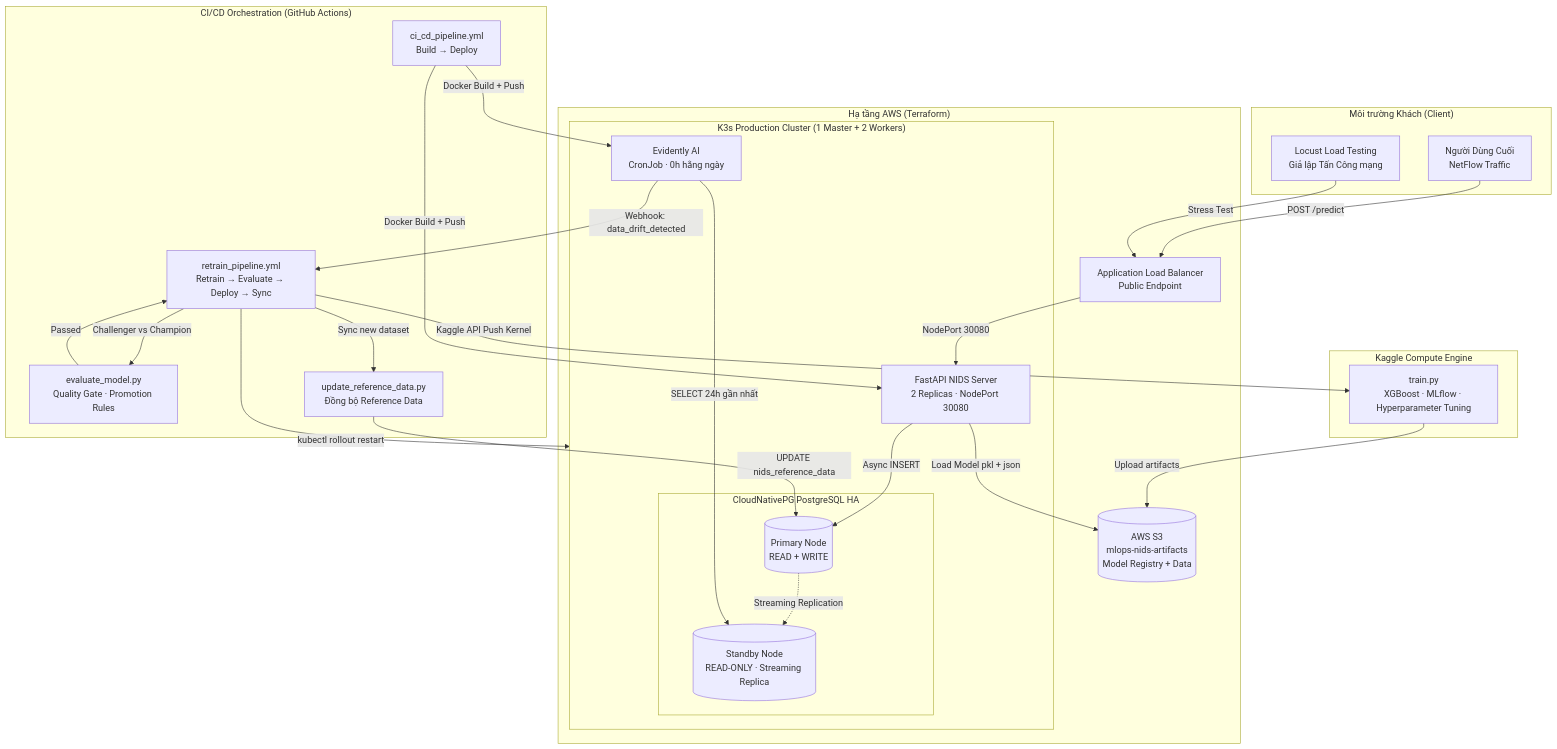
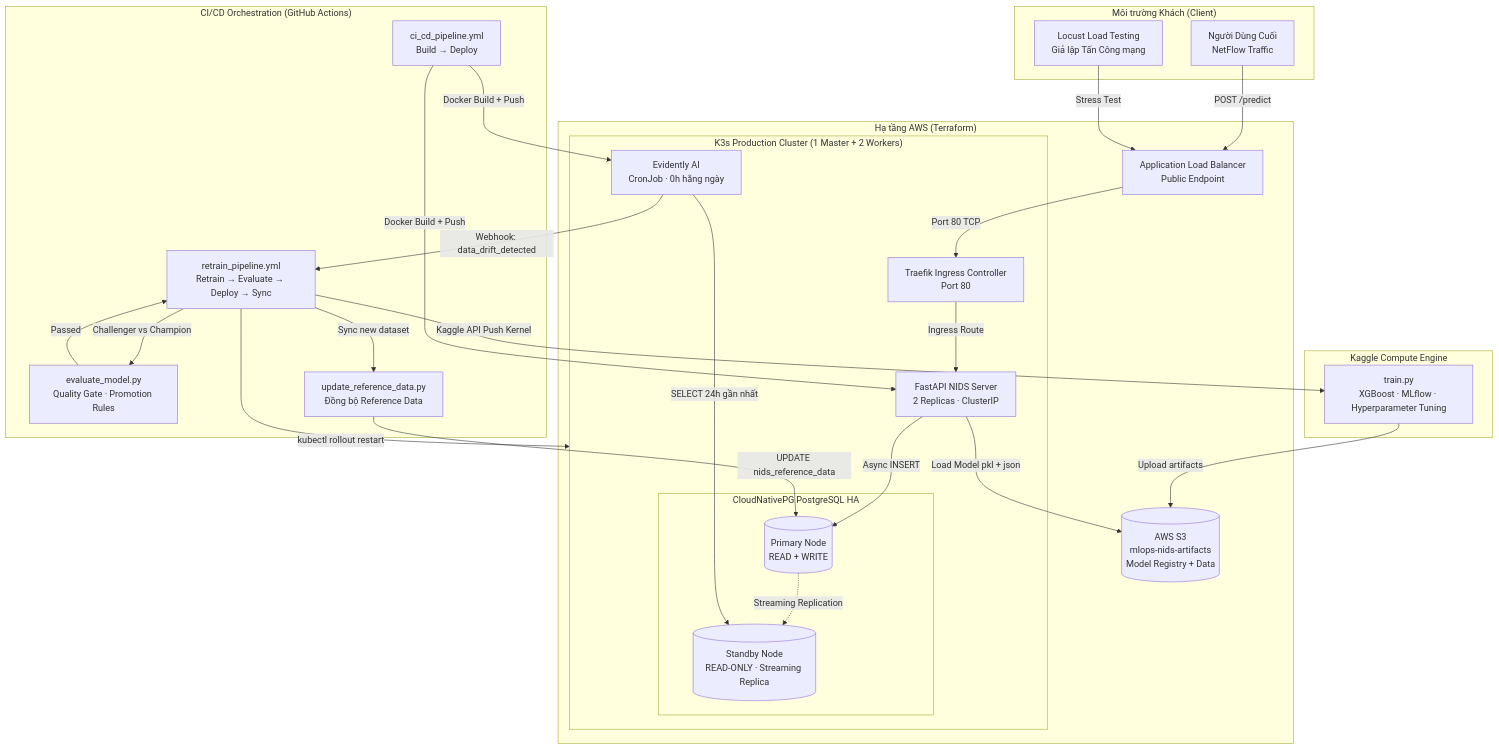
Before and after one commit to Viet-Hoang-2005/AdaptML: the first of 7 diagrams in ARCHITECTURE.md, drawn with Mermaid. The commit also changed other lines of this file and 2 other files, not shown here.

Commit message:
docs: Update the documentation for the current System.

````diff
--- a/ARCHITECTURE.md
+++ b/ARCHITECTURE.md
@@ -11,53 +11,55 @@
 ```mermaid
 flowchart TB
     subgraph CLIENT["Môi trường Khách (Client)"]
         USER[Người Dùng Cuối<br/>NetFlow Traffic]
         LOCUST[Locust Load Testing<br/>Giả lập Tấn Công mạng]
     end
 
     subgraph AWS_INFRA["Hạ tầng AWS (Terraform)"]
         ALB[Application Load Balancer<br/>Public Endpoint]
 
         subgraph K3S["K3s Production Cluster (1 Master + 2 Workers)"]
-            API[FastAPI NIDS Server<br/>2 Replicas · NodePort 30080]
+            API[FastAPI NIDS Server<br/>2 Replicas · ClusterIP]
+            TRAEFIK[Traefik Ingress Controller<br/>Port 80]
             subgraph CNPG["CloudNativePG PostgreSQL HA"]
                 PG_PRIMARY[(Primary Node<br/>READ + WRITE)]
                 PG_STANDBY[(Standby Node<br/>READ-ONLY · Streaming Replica)]
             end
             EVIDENTLY[Evidently AI<br/>CronJob · 0h hằng ngày]
         end
 
         S3[(AWS S3<br/>mlops-nids-artifacts<br/>Model Registry + Data)]
     end
 
     subgraph CICD["CI/CD Orchestration (GitHub Actions)"]
         GH_CICD[ci_cd_pipeline.yml<br/>Build → Deploy]
         GH_RETRAIN[retrain_pipeline.yml<br/>Retrain → Evaluate → Deploy → Sync]
         EVAL[evaluate_model.py<br/>Quality Gate · Promotion Rules]
         SYNC[update_reference_data.py<br/>Đồng bộ Reference Data]
     end
 
     subgraph KAGGLE["Kaggle Compute Engine"]
         TRAIN[train.py<br/>XGBoost · MLflow · Hyperparameter Tuning]
     end
 
     USER -->|POST /predict| ALB
     LOCUST -->|Stress Test| ALB
-    ALB -->|NodePort 30080| API
+    ALB -->|Port 80 TCP| TRAEFIK
+    TRAEFIK -->|Ingress Route| API
     API -->|Async INSERT| PG_PRIMARY
     PG_PRIMARY -.->|Streaming Replication| PG_STANDBY
     EVIDENTLY -->|SELECT 24h gần nhất| PG_STANDBY
     API -->|Load Model pkl + json| S3
 
     EVIDENTLY -->|Webhook: data_drift_detected| GH_RETRAIN
     GH_RETRAIN -->|Kaggle API Push Kernel| TRAIN
     TRAIN -->|Upload artifacts| S3
     GH_RETRAIN -->|Challenger vs Champion| EVAL
     EVAL -->|Passed| GH_RETRAIN
     GH_RETRAIN -->|kubectl rollout restart| K3S
     GH_RETRAIN -->|Sync new dataset| SYNC
     SYNC -->|UPDATE nids_reference_data| PG_PRIMARY
 
     GH_CICD -->|Docker Build + Push| API
     GH_CICD -->|Docker Build + Push| EVIDENTLY
 ```
````
